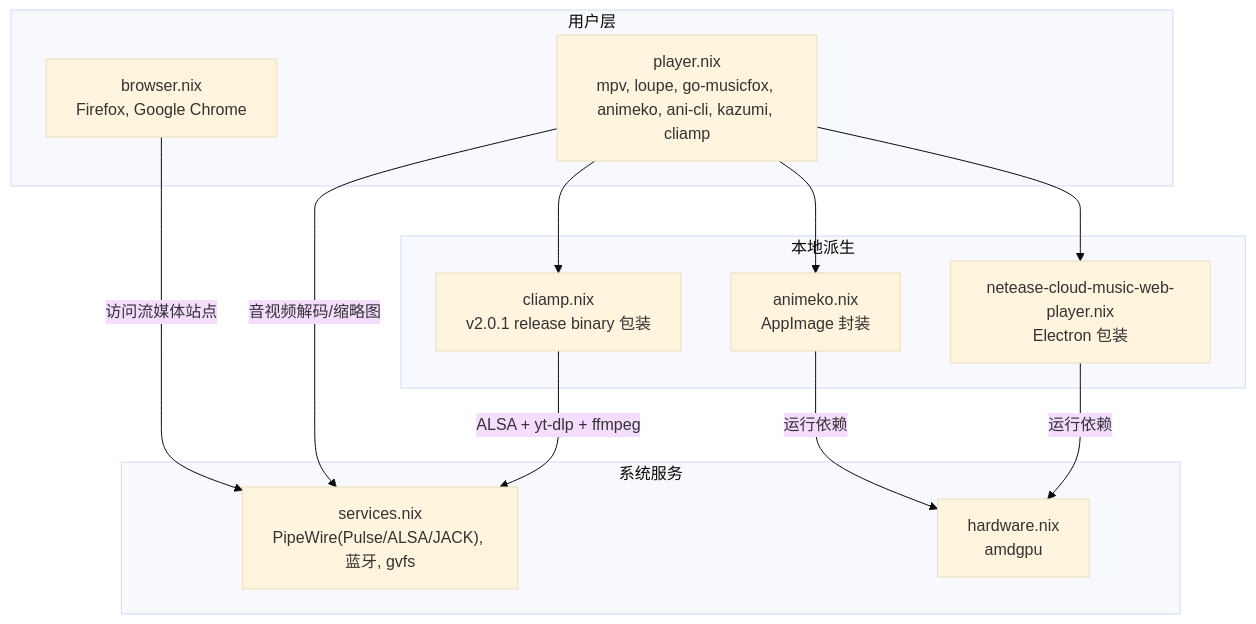
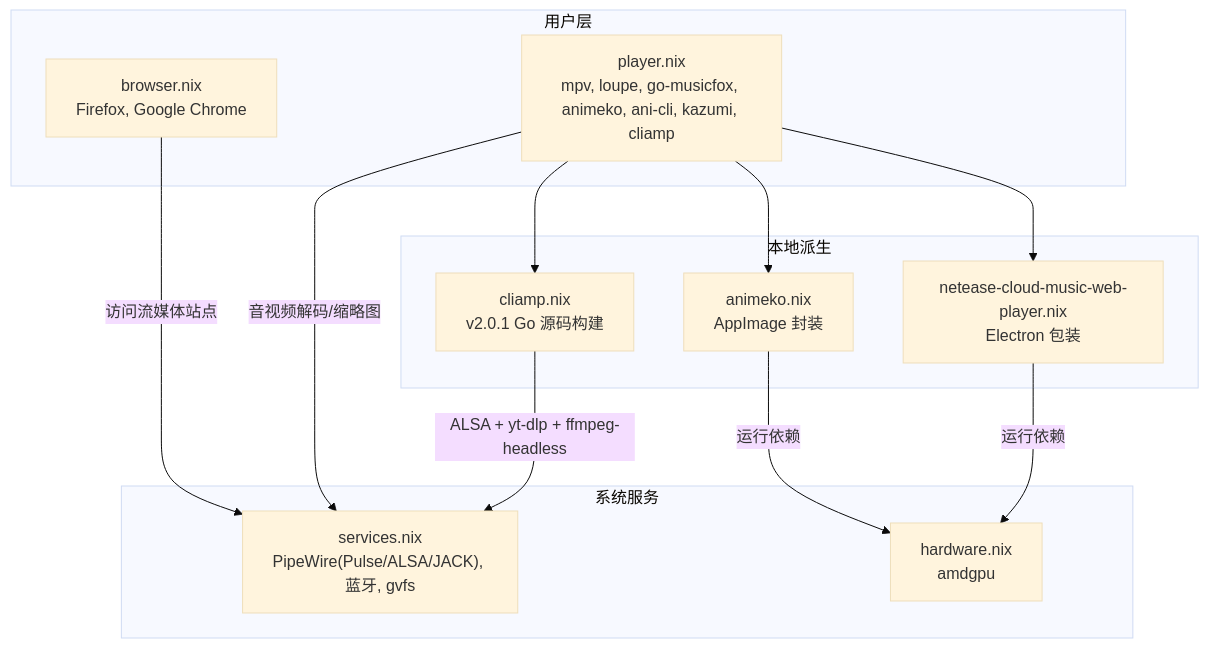
The diagram in wiki/leisure/media.md (Shangshui0302/myNixOSConfig), drawn with Mermaid (base theme) before and after one commit. The commit also changed other lines of this file and 20 other files, not shown here.

````diff
--- a/wiki/leisure/media.md
+++ b/wiki/leisure/media.md
@@ -14,24 +14,24 @@
 ```mermaid
 graph TB
 subgraph "用户层"
 P["player.nix<br/>mpv, loupe, go-musicfox, animeko, ani-cli, kazumi, cliamp"]
 B["browser.nix<br/>Firefox, Google Chrome"]
 end
 subgraph "本地派生"
 A["animeko.nix<br/>AppImage 封装"]
 N["netease-cloud-music-web-player.nix<br/>Electron 包装"]
-C["cliamp.nix<br/>v2.0.1 release binary 包装"]
+C["cliamp.nix<br/>v2.0.1 Go 源码构建"]
 end
 subgraph "系统服务"
 S["services.nix<br/>PipeWire(Pulse/ALSA/JACK), 蓝牙, gvfs"]
 H["hardware.nix<br/>amdgpu"]
 end
 P --> A
 P --> N
 P --> C
 B --> |"访问流媒体站点"| S
 P --> |"音视频解码/缩略图"| S
 A --> |"运行依赖"| H
 N --> |"运行依赖"| H
-C --> |"ALSA + yt-dlp + ffmpeg"| S
+C --> |"ALSA + yt-dlp + ffmpeg-headless"| S
 ```
````
